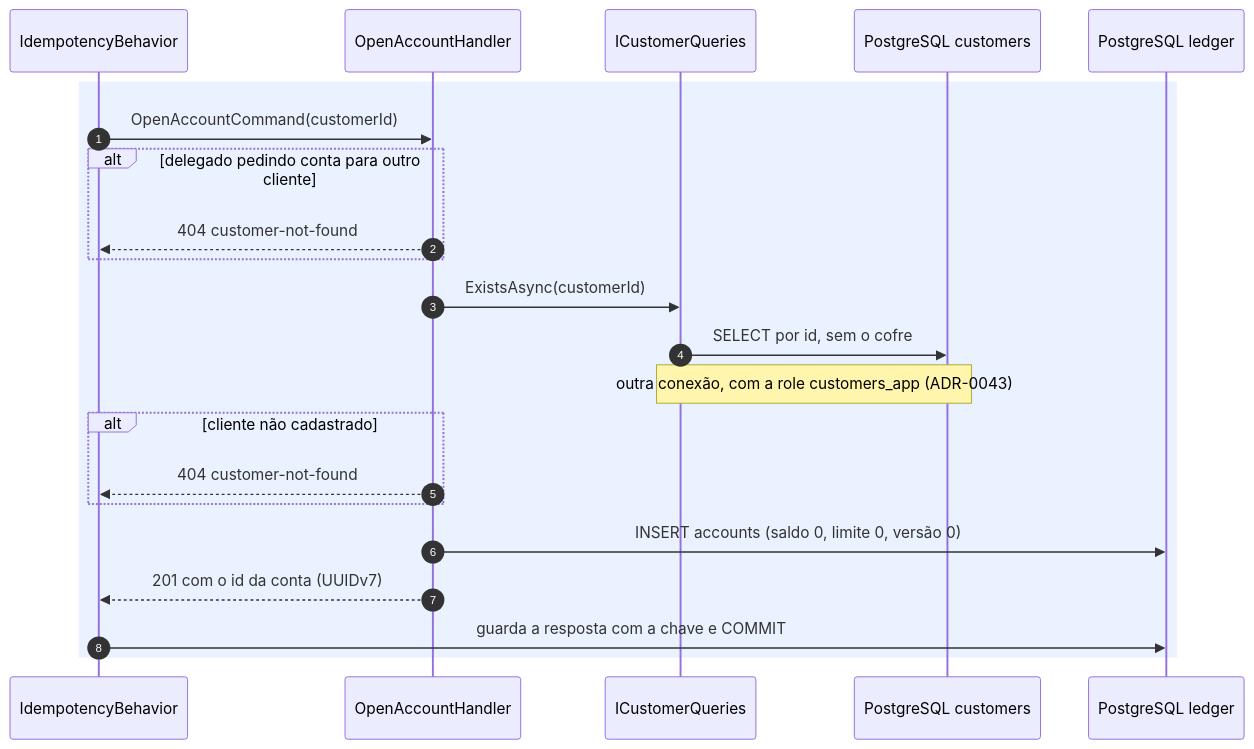
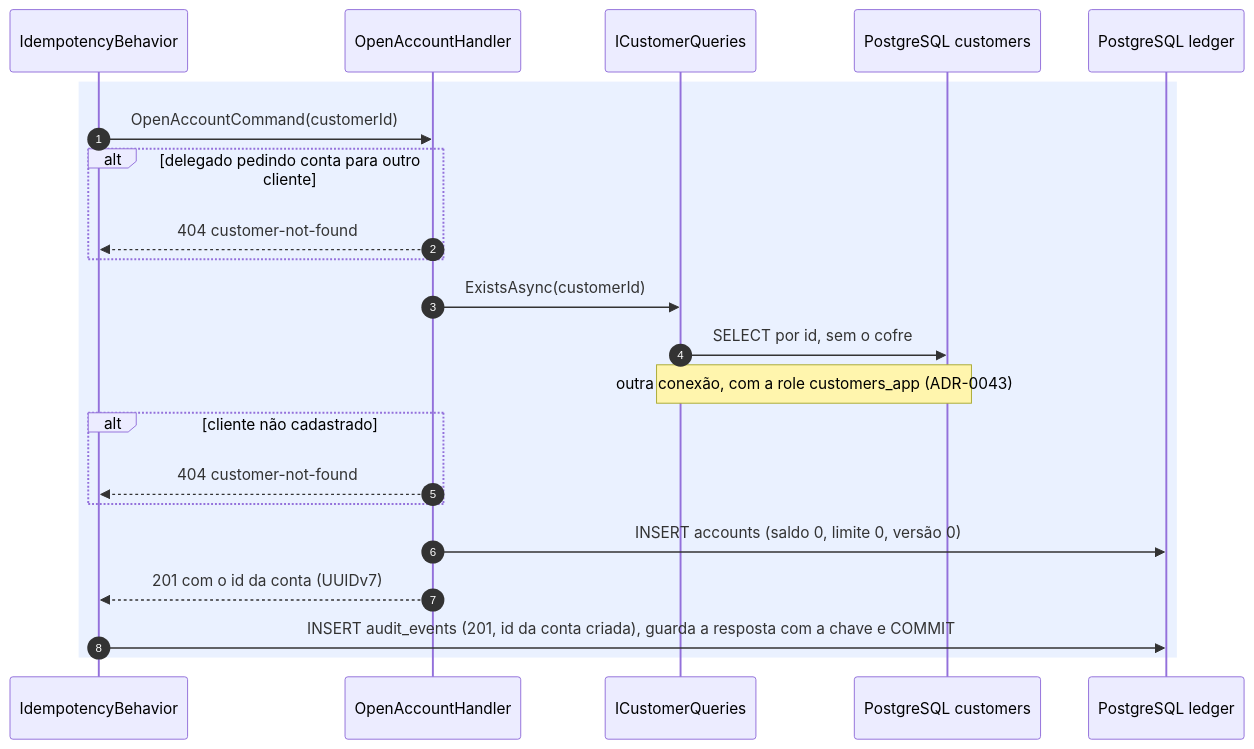
Before and after one commit to arthuurw/desafio-arquiteto-keyrus: the third of 8 diagrams in docs/arquitetura/fluxos-ledger.md, drawn with Mermaid. The commit also changed other lines of this file and 33 other files, not shown here.

````diff
--- a/docs/arquitetura/fluxos-ledger.md
+++ b/docs/arquitetura/fluxos-ledger.md
@@ -130,25 +133,25 @@
 ```mermaid
 sequenceDiagram
   autonumber
   participant B as IdempotencyBehavior
   participant H as OpenAccountHandler
   participant CQ as ICustomerQueries
   participant PGC as PostgreSQL customers
   participant DB as PostgreSQL ledger
 
   rect rgba(80, 140, 255, 0.12)
     B->>H: OpenAccountCommand(customerId)
     alt delegado pedindo conta para outro cliente
       H-->>B: 404 customer-not-found
     end
     H->>CQ: ExistsAsync(customerId)
     CQ->>PGC: SELECT por id, sem o cofre
     Note over CQ,PGC: outra conexão, com a role customers_app (ADR-0043)
     alt cliente não cadastrado
       H-->>B: 404 customer-not-found
     end
     H->>DB: INSERT accounts (saldo 0, limite 0, versão 0)
     H-->>B: 201 com o id da conta (UUIDv7)
-    B->>DB: guarda a resposta com a chave e COMMIT
+    B->>DB: INSERT audit_events (201, id da conta criada), guarda a resposta com a chave e COMMIT
   end
 ```
````
